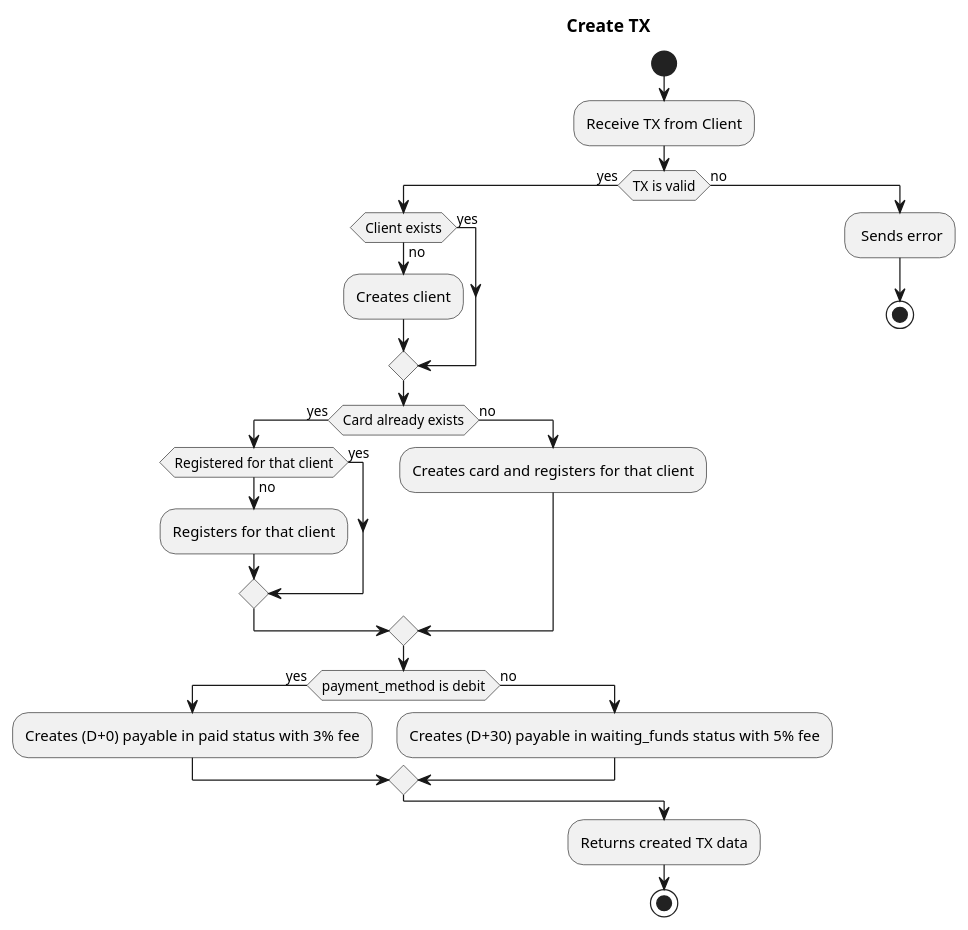
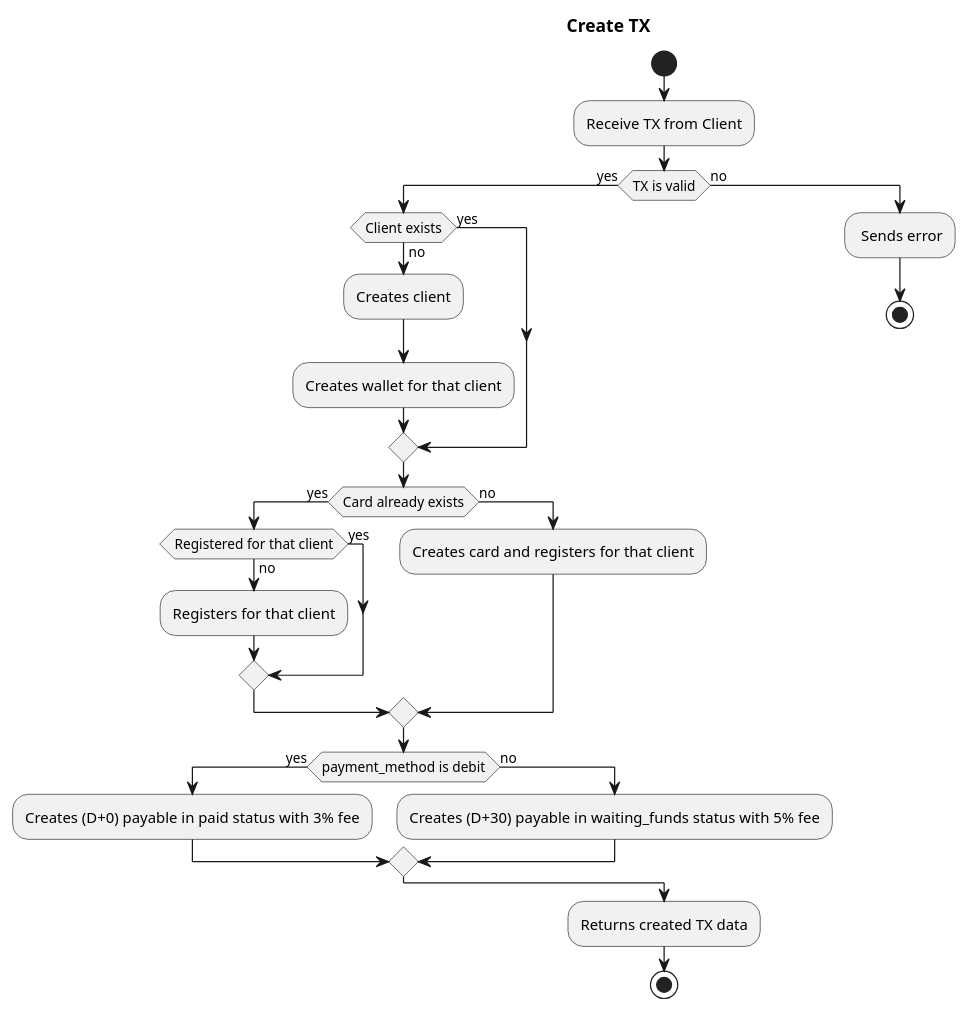
One commit to Farber98/vagas changed the diagram in internal/docs/activityDiagrams/createTx.puml. Above: the diagram before and after it, drawn with PlantUML. The commit also changed 4 other files, not shown here.

Commit message:
added wallets to diagram.

```diff
--- a/internal/docs/activityDiagrams/createTx.puml
+++ b/internal/docs/activityDiagrams/createTx.puml
@@ -1,29 +1,30 @@
 @startuml 
 start
 title \t\t\t\t\t\t\tCreate TX
 :Receive TX from Client;
 if (TX is valid) then (yes)
   if (Client exists) then (yes)
   else (no)
     :Creates client;
+    :Creates wallet for that client;
   endif
   if (Card already exists) then (yes)
     if (Registered for that client) then (yes)
     else (no)
       :Registers for that client;
     endif
   else (no)
     :Creates card and registers for that client;
   endif
   if (payment_method is debit) then (yes)
     :Creates (D+0) payable in paid status with 3% fee;
   else (no)
      :Creates (D+30) payable in waiting_funds status with 5% fee;
   endif
 else (no)
   : Sends error;  
   stop
 endif
 :Returns created TX data;
 stop
 @enduml
```
